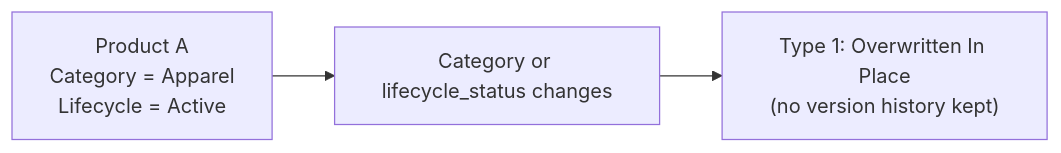
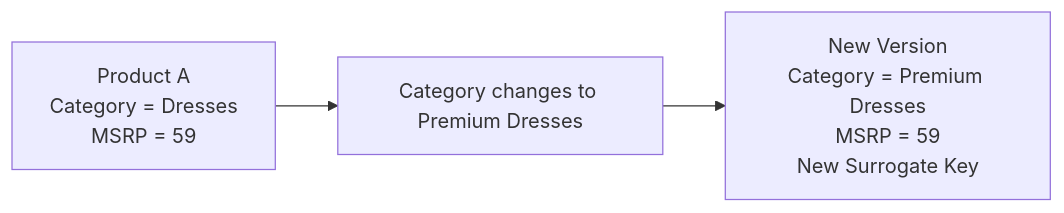
One commit to jovync/analytics-portfolio changed the third of 4 diagrams in vespera-analytics-platform/docs/02_architecture/03_star_schema.md. Above: the diagram before and after it, drawn with Mermaid. The commit also changed other lines of this file and 16 other files, not shown here.

````diff
--- a/vespera-analytics-platform/docs/02_architecture/03_star_schema.md
+++ b/vespera-analytics-platform/docs/02_architecture/03_star_schema.md
@@ -293,14 +404,16 @@
 ```mermaid
 flowchart LR
 
 Old["Product A
-Category = Apparel
-Lifecycle = Active"]
+Category = Dresses
+MSRP = 59"]
 
-Change["Category or lifecycle_status changes"]
+Change["Category changes to Premium Dresses"]
 
-New["Type 1: Overwritten In Place
-(no version history kept)"]
+New["New Version
+Category = Premium Dresses
+MSRP = 59
+New Surrogate Key"]
 
 Old --> Change --> New
 ```
````
